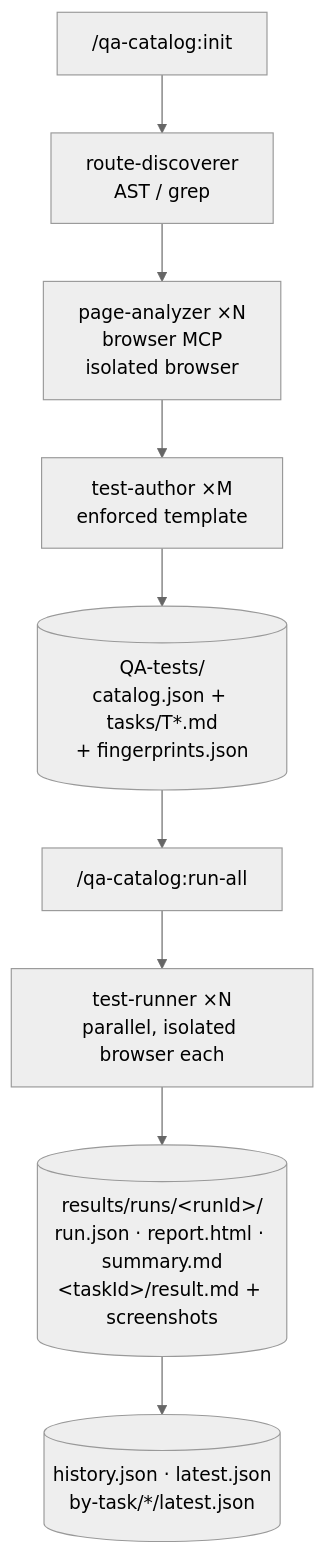
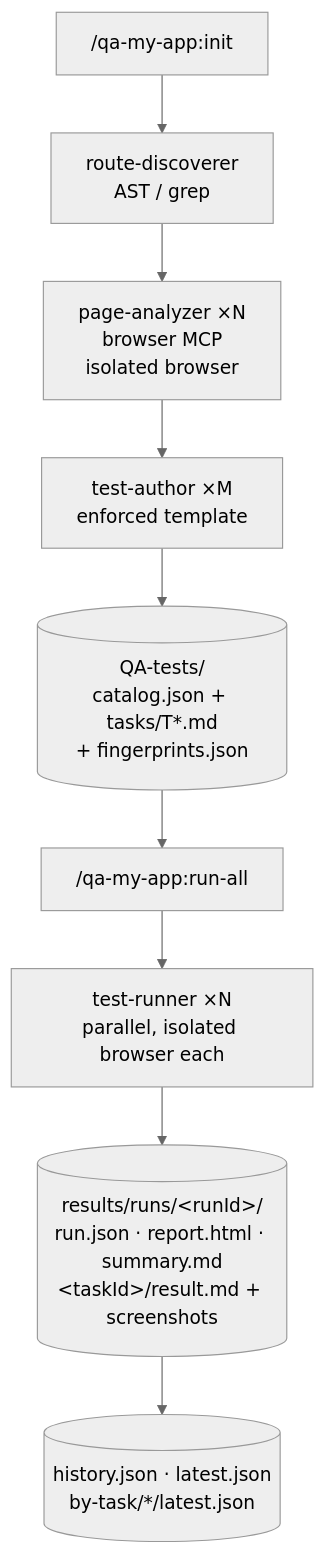
The diagram in site/src/content/docs/reference/architecture.md (elwizard33/qa-my-app), drawn with Mermaid (neutral theme) before and after one commit. The commit also changed other lines of this file and 54 other files, not shown here.

````diff
--- a/site/src/content/docs/reference/architecture.md
+++ b/site/src/content/docs/reference/architecture.md
@@ -8,11 +8,11 @@
 ```mermaid
 flowchart TD
-    Init["/qa-catalog:init"] --> RD[route-discoverer<br/>AST / grep]
+    Init["/qa-my-app:init"] --> RD[route-discoverer<br/>AST / grep]
     RD --> PA[page-analyzer ×N<br/>browser MCP<br/>isolated browser]
     PA --> TA[test-author ×M<br/>enforced template]
     TA --> Catalog[(QA-tests/<br/>catalog.json + tasks/T*.md<br/>+ fingerprints.json)]
-    Catalog --> Run["/qa-catalog:run-all"]
+    Catalog --> Run["/qa-my-app:run-all"]
     Run --> Runners[test-runner ×N<br/>parallel, isolated browser each]
     Runners --> Results[(results/runs/&lt;runId&gt;/<br/>run.json · report.html · summary.md<br/>&lt;taskId&gt;/result.md + screenshots)]
     Results --> History[(history.json · latest.json<br/>by-task/*/latest.json)]
 ```
````
